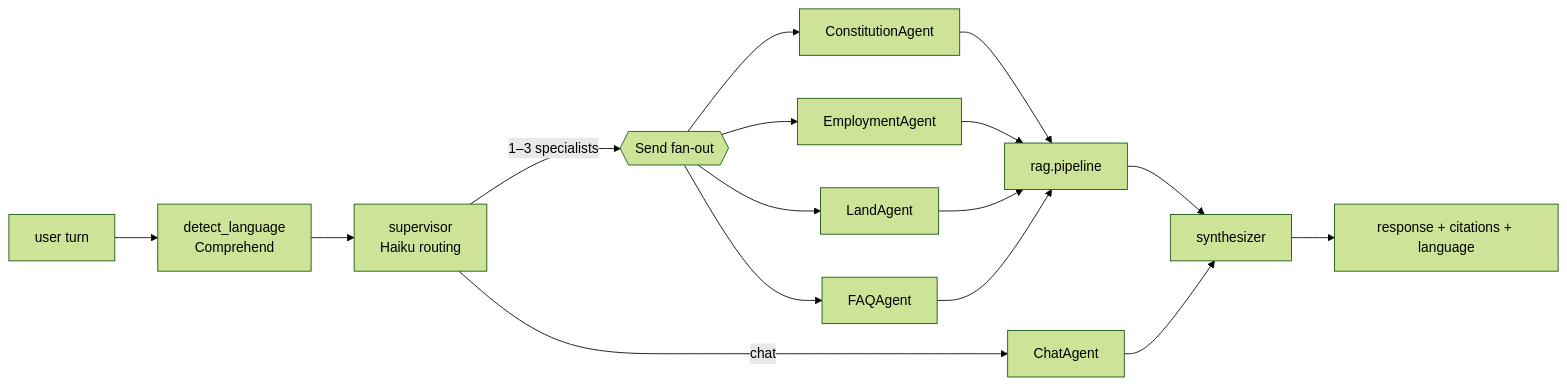
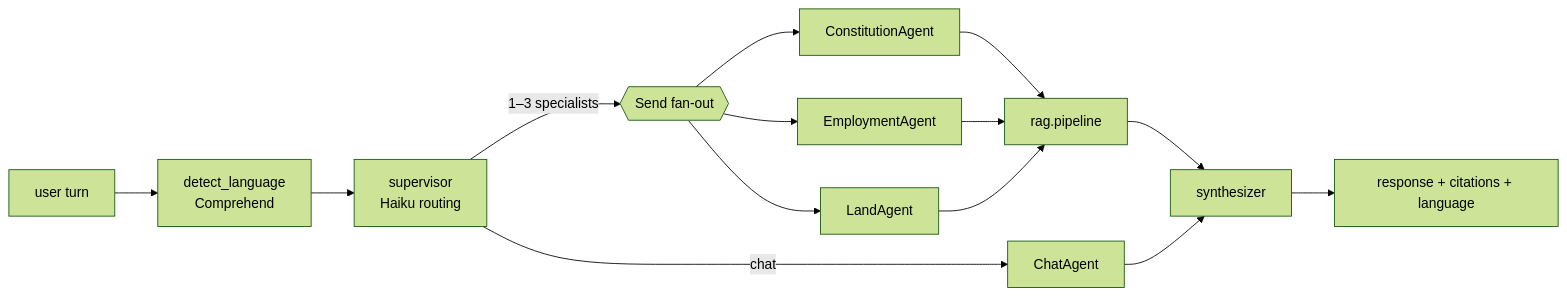
Before and after one commit to davenjeru/haki-ai: the second of 2 diagrams in CLAUDE.md, drawn with Mermaid (forest theme). The commit also changed other lines of this file and 38 other files, not shown here.

````diff
--- a/CLAUDE.md
+++ b/CLAUDE.md
@@ -74,18 +68,16 @@
 ```mermaid
 flowchart LR
   start[user turn] --> lang[detect_language<br/>Comprehend]
   lang --> sup[supervisor<br/>Haiku routing]
   sup -->|chat| chat[ChatAgent]
   sup -->|1–3 specialists| fan{{Send fan-out}}
   fan --> c[ConstitutionAgent]
   fan --> e[EmploymentAgent]
   fan --> l[LandAgent]
-  fan --> f[FAQAgent]
   c --> pipe[rag.pipeline]
   e --> pipe
   l --> pipe
-  f --> pipe
   pipe --> syn[synthesizer]
   chat --> syn
   syn --> outn[response + citations + language]
 ```
````
